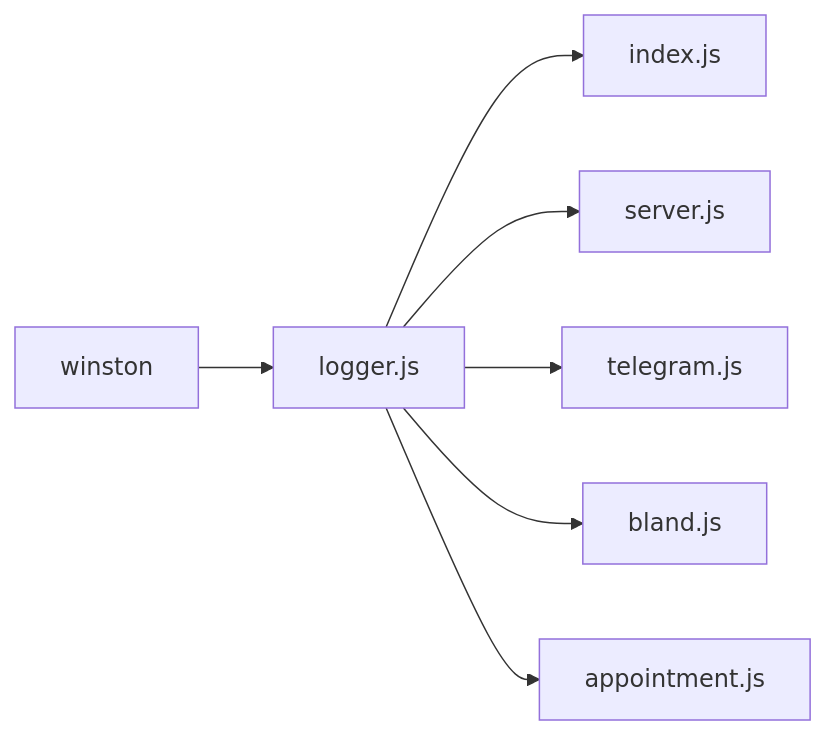
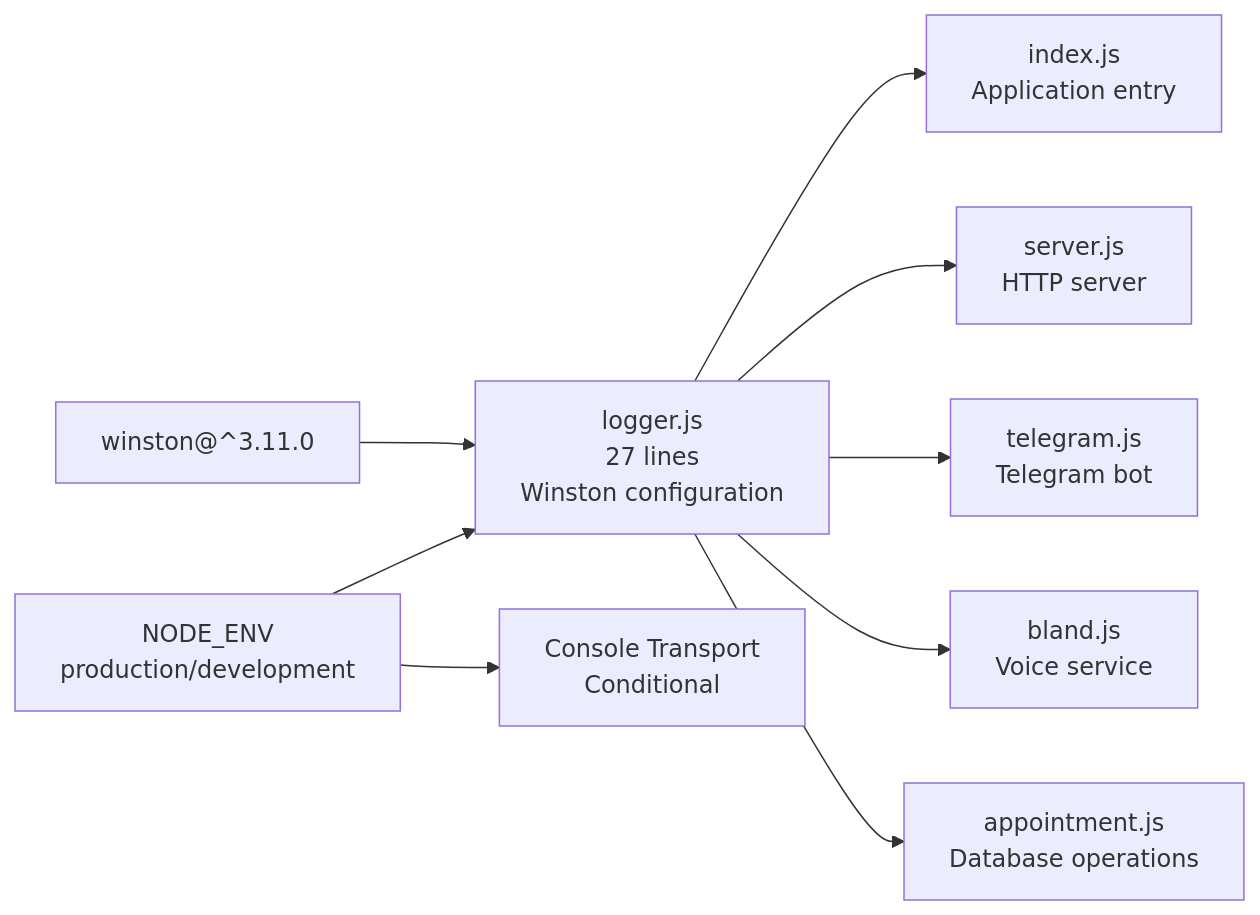
The ninth of 9 diagrams in .qoder/repowiki/en/content/Logging and Monitoring.md (Armanda888/appointment-voice-agent), drawn with Mermaid before and after one commit. The commit also changed other lines of this file and 14 other files, not shown here.

````diff
--- a/.qoder/repowiki/en/content/Logging and Monitoring.md
+++ b/.qoder/repowiki/en/content/Logging and Monitoring.md
@@ -336,9 +441,11 @@
 ```mermaid
 graph LR
-W["winston"] --> L["logger.js"]
-L --> IDX["index.js"]
-L --> SRV["server.js"]
-L --> BOT["telegram.js"]
-L --> BLND["bland.js"]
-L --> APPM["appointment.js"]
+W["winston@^3.11.0"] --> L["logger.js<br/>27 lines<br/>Winston configuration"]
+L --> IDX["index.js<br/>Application entry"]
+L --> SRV["server.js<br/>HTTP server"]
+L --> BOT["telegram.js<br/>Telegram bot"]
+L --> BLND["bland.js<br/>Voice service"]
+L --> APPM["appointment.js<br/>Database operations"]
+ENV["NODE_ENV<br/>production/development"] --> L
+ENV --> CONS["Console Transport<br/>Conditional"]
 ```
````
